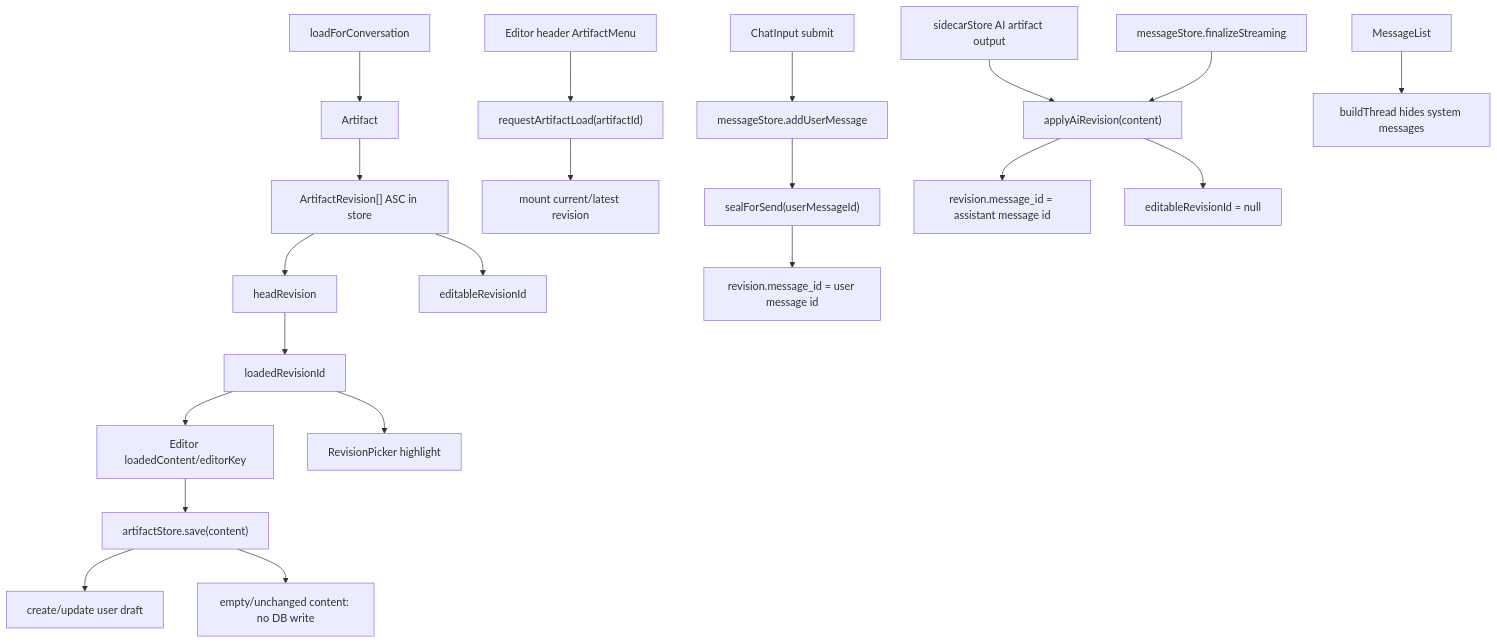
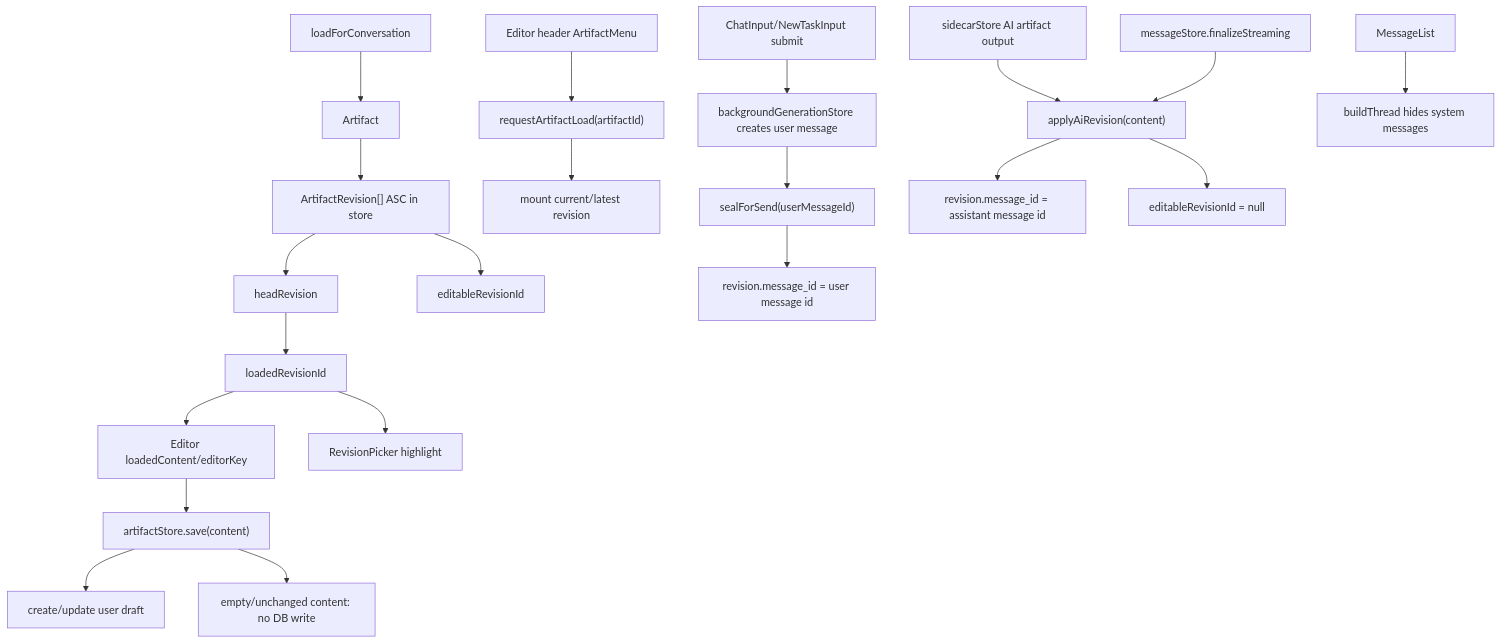
Before and after one commit to jpetroff/ai-cowork-assistant: the diagram in .memory/artifact-revisions.md, drawn with Mermaid. The commit also changed other lines of this file and 14 other files, not shown here.

Commit message:
+ new empty chat, input on projects now hooked to background job logic

````diff
--- a/.memory/artifact-revisions.md
+++ b/.memory/artifact-revisions.md
@@ -5,26 +5,26 @@
 ```mermaid
 flowchart TD
   Load["loadForConversation"] --> Artifact["Artifact"]
   Artifact --> Revisions["ArtifactRevision[] ASC in store"]
   Revisions --> Head["headRevision"]
   Head --> Loaded["loadedRevisionId"]
   Loaded --> Editor["Editor loadedContent/editorKey"]
   Loaded --> Picker["RevisionPicker highlight"]
   Revisions --> Editable["editableRevisionId"]
 
   Editor --> Save["artifactStore.save(content)"]
   Save --> Draft["create/update user draft"]
   Header["Editor header ArtifactMenu"] --> ArtifactLoad["requestArtifactLoad(artifactId)"]
   ArtifactLoad --> Latest["mount current/latest revision"]
-  ChatSend["ChatInput submit"] --> UserMsg["messageStore.addUserMessage"]
+  ChatSend["ChatInput/NewTaskInput submit"] --> UserMsg["backgroundGenerationStore creates user message"]
   UserMsg --> Seal["sealForSend(userMessageId)"]
   Seal --> Anchor["revision.message_id = user message id"]
 
   Sidecar["sidecarStore AI artifact output"] --> AiRev["applyAiRevision(content)"]
   AssistantMsg["messageStore.finalizeStreaming"] --> AiRev
   AiRev --> AiAnchor["revision.message_id = assistant message id"]
   AiRev --> Detached["editableRevisionId = null"]
 
   Save --> Noop["empty/unchanged content: no DB write"]
   Messages["MessageList"] --> Thread["buildThread hides system messages"]
 ```
````
